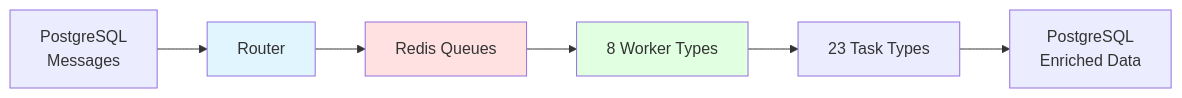
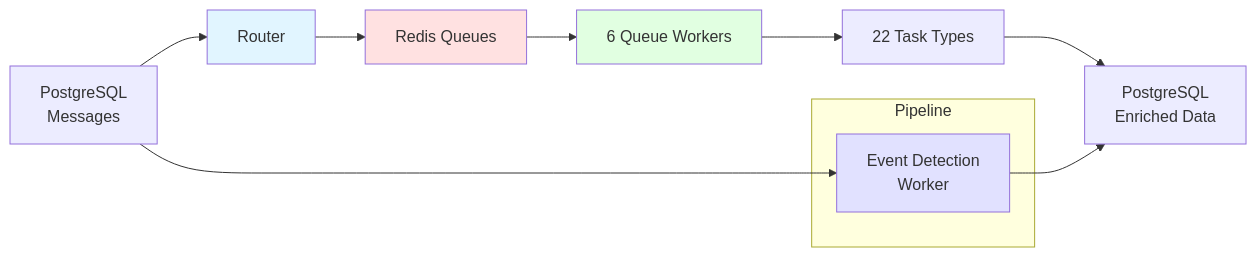
One commit to osintukraine/osint-platform-docs changed the first of 10 diagrams in docs/developer-guide/services/enrichment.md. Above: the diagram before and after it, drawn with Mermaid. The commit also changed other lines of this file, not shown here.

First line of the commit message:
docs(enrichment): comprehensive documentation overhaul with architect review

````diff
--- a/docs/developer-guide/services/enrichment.md
+++ b/docs/developer-guide/services/enrichment.md
@@ -9,12 +9,20 @@
 ```mermaid
 graph LR
     A[PostgreSQL<br/>Messages] --> B[Router]
     B --> C[Redis Queues]
-    C --> D[8 Worker Types]
-    D --> E[23 Task Types]
+    C --> D[6 Queue Workers]
+    D --> E[22 Task Types]
     E --> F[PostgreSQL<br/>Enriched Data]
+
+    subgraph "Pipeline"
+        G[Event Detection<br/>Worker]
+    end
+
+    A --> G
+    G --> F
 
     style B fill:#e1f5ff
     style C fill:#ffe1e1
     style D fill:#e1ffe1
+    style G fill:#e1e1ff
 ```
````
